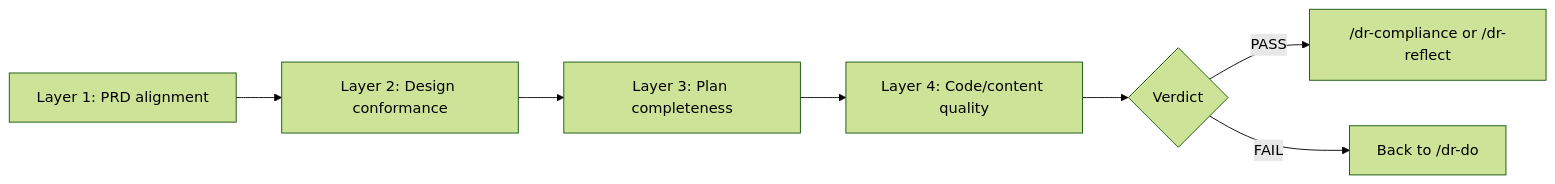
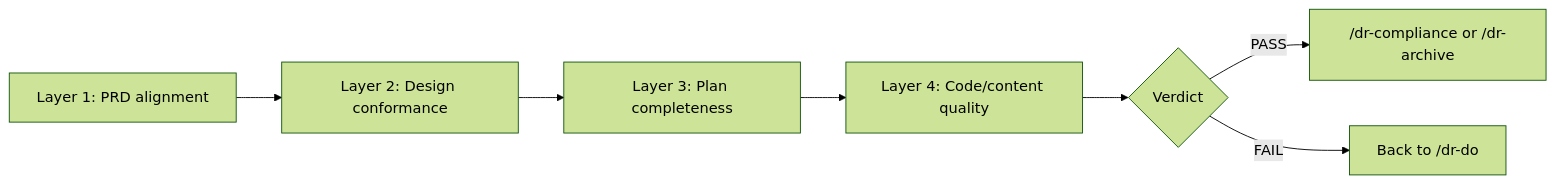
Before and after one commit to Arcanada-one/datarim: the sixth of 8 diagrams in skills/visual-maps/stage-process-flows.md, drawn with Mermaid (forest theme). The commit also changed other lines of this file and 3 other files, not shown here.

First line of the commit message:
TUNE-0013 Phase 3: regenerate 4 visual-maps mermaid diagrams

````diff
--- a/skills/visual-maps/stage-process-flows.md
+++ b/skills/visual-maps/stage-process-flows.md
@@ -67,9 +67,9 @@
 ```mermaid
 graph LR
     A["Layer 1: PRD alignment"] --> B["Layer 2: Design conformance"]
     B --> C["Layer 3: Plan completeness"]
     C --> D["Layer 4: Code/content quality"]
     D --> E{"Verdict"}
-    E -->|PASS| F["/dr-compliance or /dr-reflect"]
+    E -->|PASS| F["/dr-compliance or /dr-archive"]
     E -->|FAIL| G["Back to /dr-do"]
 ```
````
